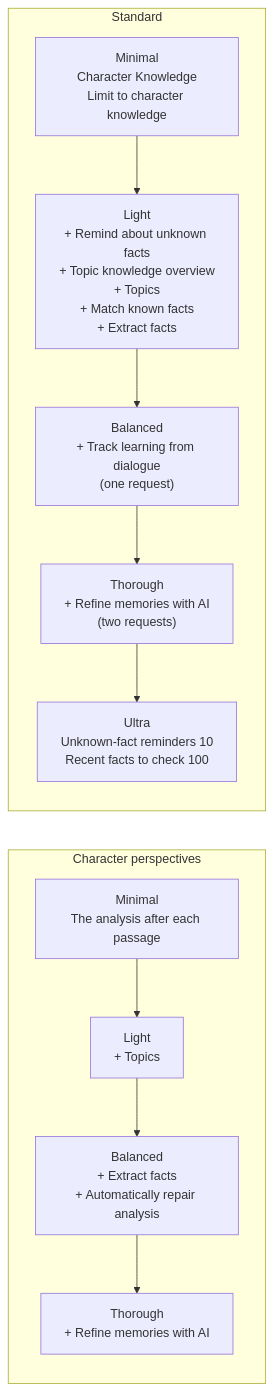
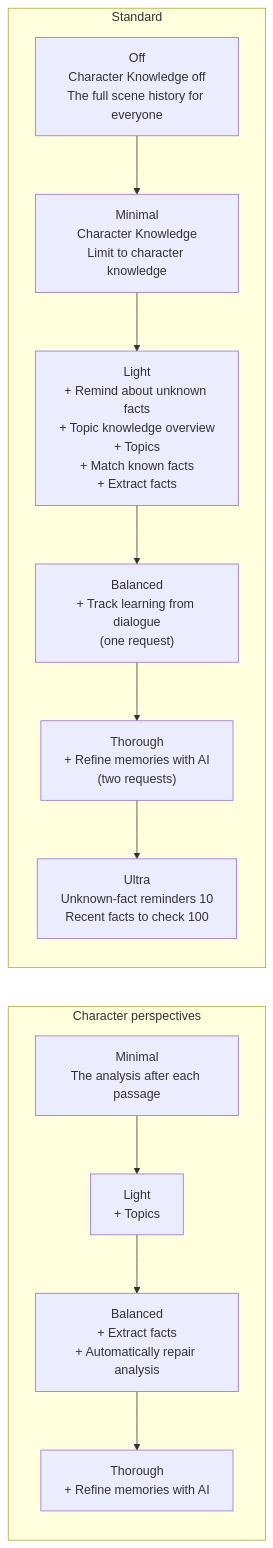
The fourth of 5 diagrams in docs/user-guide/world-editor/knowledge-how-it-works.md (vegu-ai/talemate), drawn with Mermaid before and after one commit. The commit also changed other lines of this file and 19 other files, not shown here.

````diff
--- a/docs/user-guide/world-editor/knowledge-how-it-works.md
+++ b/docs/user-guide/world-editor/knowledge-how-it-works.md
@@ -152,16 +152,17 @@
 ```mermaid
 flowchart LR
     subgraph "Character perspectives"
         direction TB
         P1["Minimal<br/>The analysis after each passage"] --> P2["Light<br/>+ Topics"]
         P2 --> P3["Balanced<br/>+ Extract facts<br/>+ Automatically repair analysis"]
         P3 --> P4["Thorough<br/>+ Refine memories with AI"]
     end
     subgraph Standard
         direction TB
-        S1["Minimal<br/>Character Knowledge<br/>Limit to character knowledge"] --> S2["Light<br/>+ Remind about unknown facts<br/>+ Topic knowledge overview<br/>+ Topics<br/>+ Match known facts<br/>+ Extract facts"]
+        S0["Off<br/>Character Knowledge off<br/>The full scene history for everyone"] --> S1["Minimal<br/>Character Knowledge<br/>Limit to character knowledge"]
+        S1 --> S2["Light<br/>+ Remind about unknown facts<br/>+ Topic knowledge overview<br/>+ Topics<br/>+ Match known facts<br/>+ Extract facts"]
         S2 --> S3["Balanced<br/>+ Track learning from dialogue<br/>(one request)"]
         S3 --> S4["Thorough<br/>+ Refine memories with AI<br/>(two requests)"]
         S4 --> S5["Ultra<br/>Unknown-fact reminders 10<br/>Recent facts to check 100"]
     end
 ```
````
